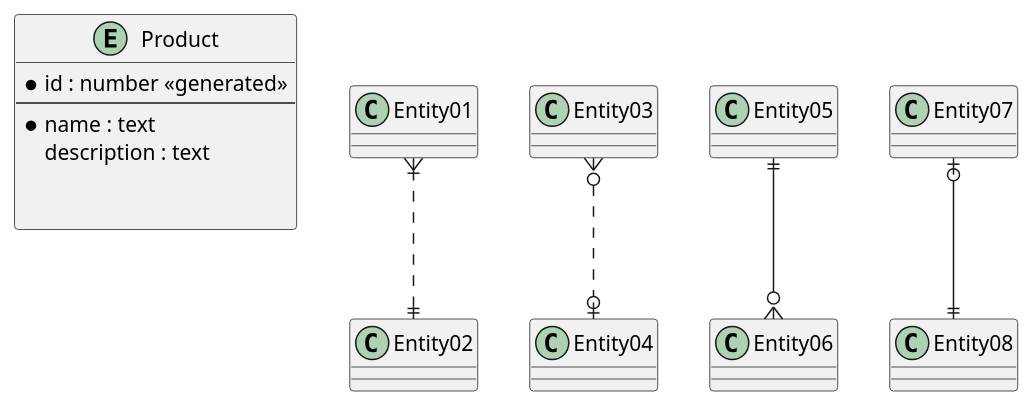
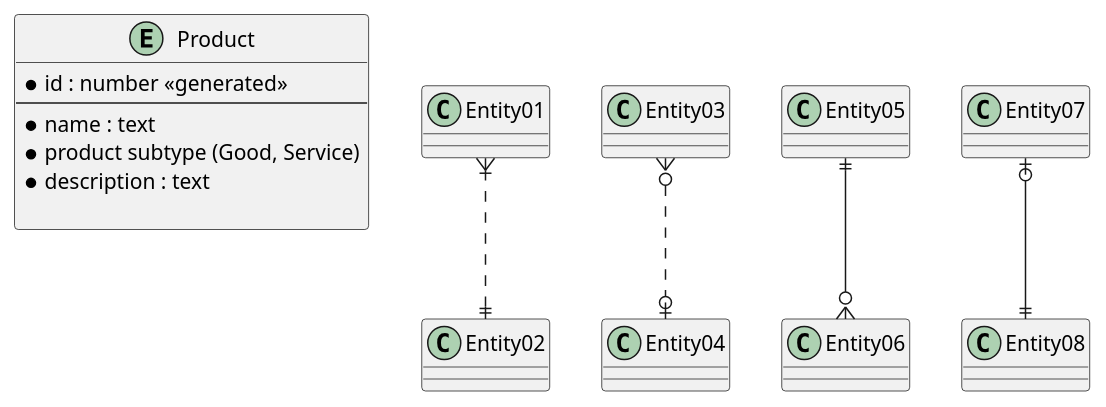
Before and after one commit to softrebel/lite-wms: the diagram in docs/products.md, drawn with PlantUML.

````diff
--- a/docs/products.md
+++ b/docs/products.md
@@ -16,20 +16,20 @@
 ```plantuml
 @startuml
 entity Product {
     * id : number <<generated>>
     --
     * name : text
-    description : text
-
+    * product subtype (Good, Service)
+    * description : text
 
 }
 
 
 
 Entity01 }|..|| Entity02
 Entity03 }o..o| Entity04
 Entity05 ||--o{ Entity06
 Entity07 |o--|| Entity08
 @enduml
 
 ```
````
